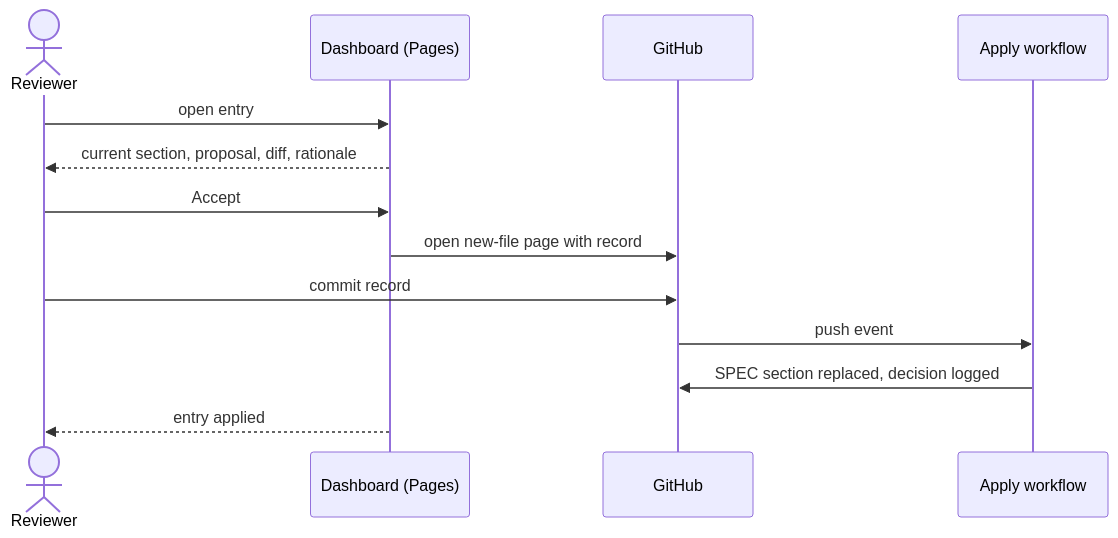
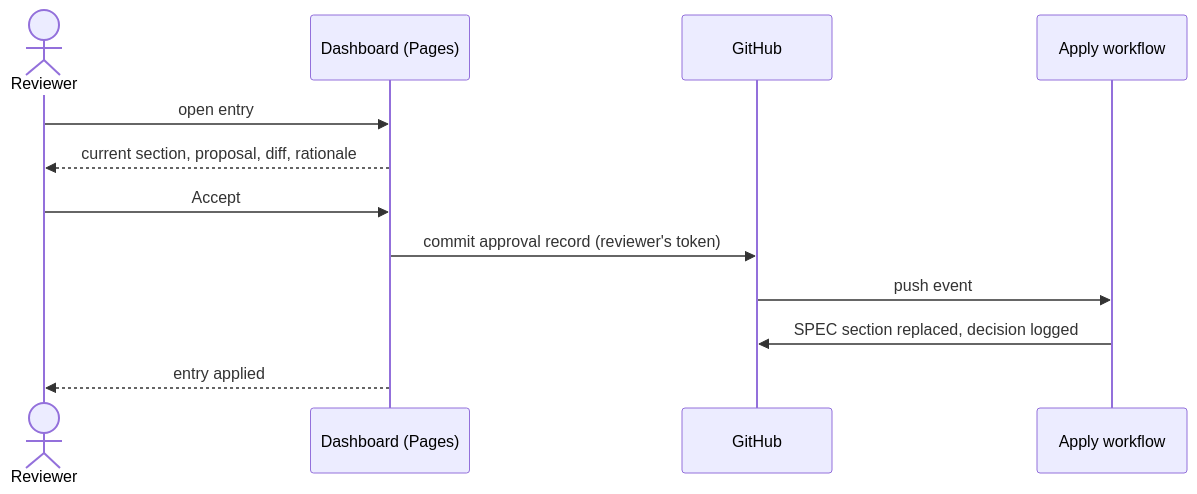
Before and after one commit to akmaier/agent-m: the diagram in docs/use-cases/UC-006-approve-a-specification-change.md, drawn with Mermaid. The commit also changed other lines of this file and 11 other files, not shown here.

````diff
--- a/docs/use-cases/UC-006-approve-a-specification-change.md
+++ b/docs/use-cases/UC-006-approve-a-specification-change.md
@@ -54,15 +58,14 @@
 ```mermaid
 sequenceDiagram
     actor R as Reviewer
     participant D as Dashboard (Pages)
     participant G as GitHub
     participant W as Apply workflow
     R->>D: open entry
     D-->>R: current section, proposal, diff, rationale
     R->>D: Accept
-    D->>G: open new-file page with record
-    R->>G: commit record
+    D->>G: commit approval record (reviewer's token)
     G->>W: push event
     W->>G: SPEC section replaced, decision logged
     D-->>R: entry applied
 ```
````
